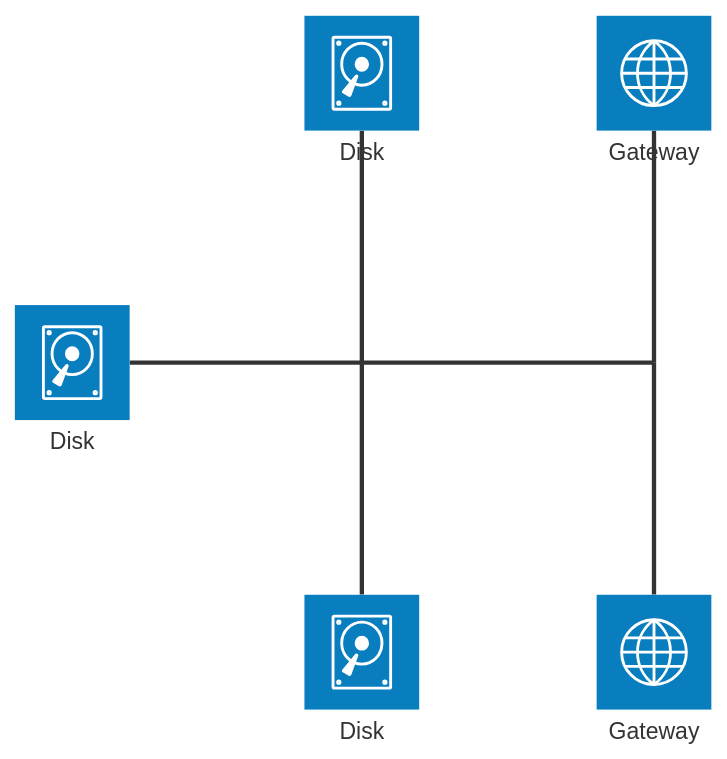
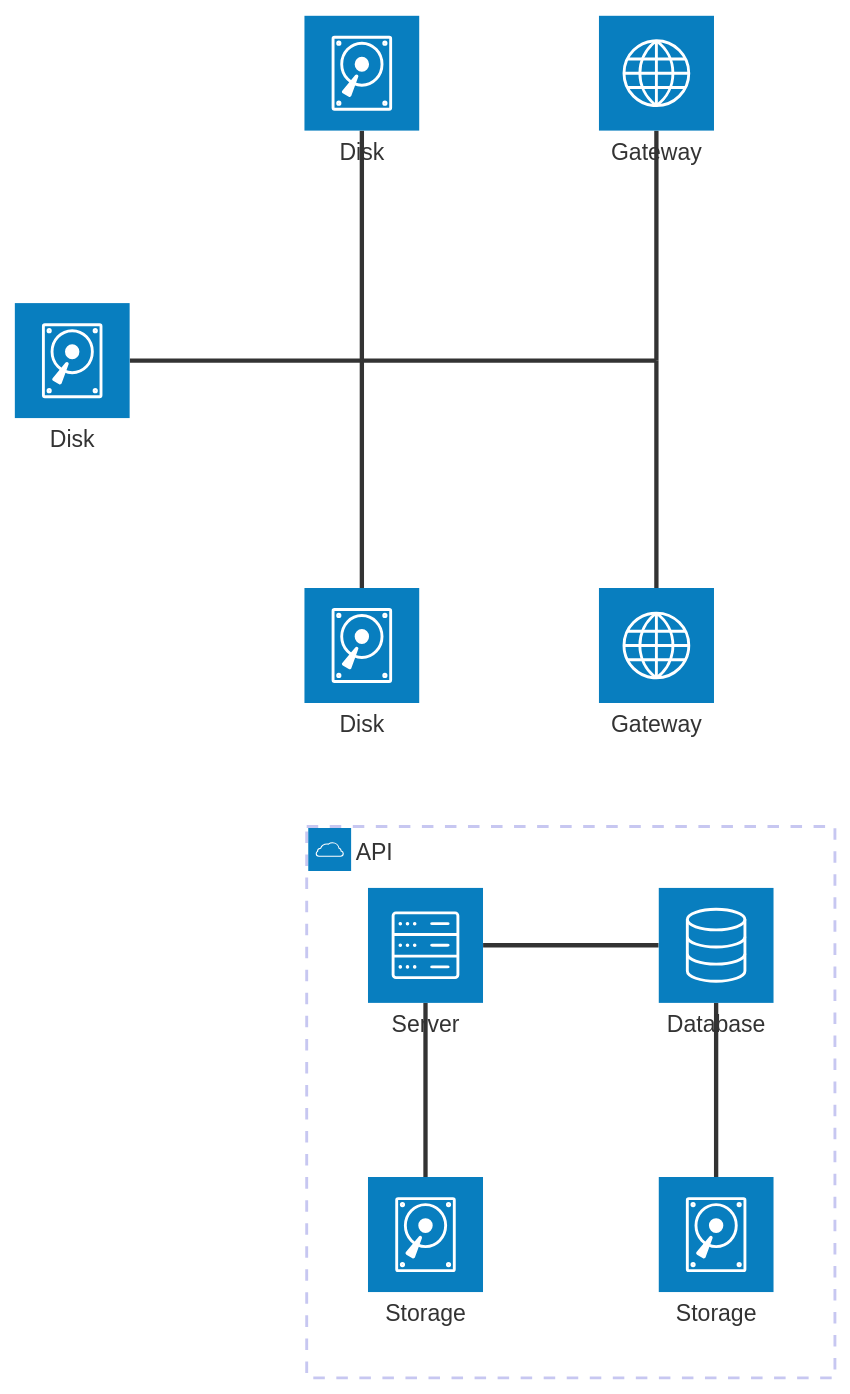
Before and after one commit to MadMaxChow/VLOOK: diagram 15 of 32 in released/samples/chart.md, drawn with Mermaid. The commit also changed other lines of this file and 273 other files, not shown here.

````diff
--- a/released/samples/chart.md
+++ b/released/samples/chart.md
@@ -1140,18 +1018,30 @@
 ```mermaid
 architecture-beta
+    group api(cloud)[API]
+
+    service db(database)[Database] in api
+    service disk1(disk)[Storage] in api
+    service disk2(disk)[Storage] in api
+    service server(server)[Server] in api
+
+    db:L -- R:server
+    disk1:T -- B:server
+    disk2:T -- B:db
+    
+    
     service left_disk(disk)[Disk]
     service top_disk(disk)[Disk]
     service bottom_disk(disk)[Disk]
     service top_gateway(internet)[Gateway]
     service bottom_gateway(internet)[Gateway]
     junction junctionCenter
     junction junctionRight
 
     left_disk:R -- L:junctionCenter
     top_disk:B -- T:junctionCenter
     bottom_disk:T -- B:junctionCenter
     junctionCenter:R -- L:junctionRight
     top_gateway:B -- T:junctionRight
     bottom_gateway:T -- B:junctionRight
 
 ```
````
